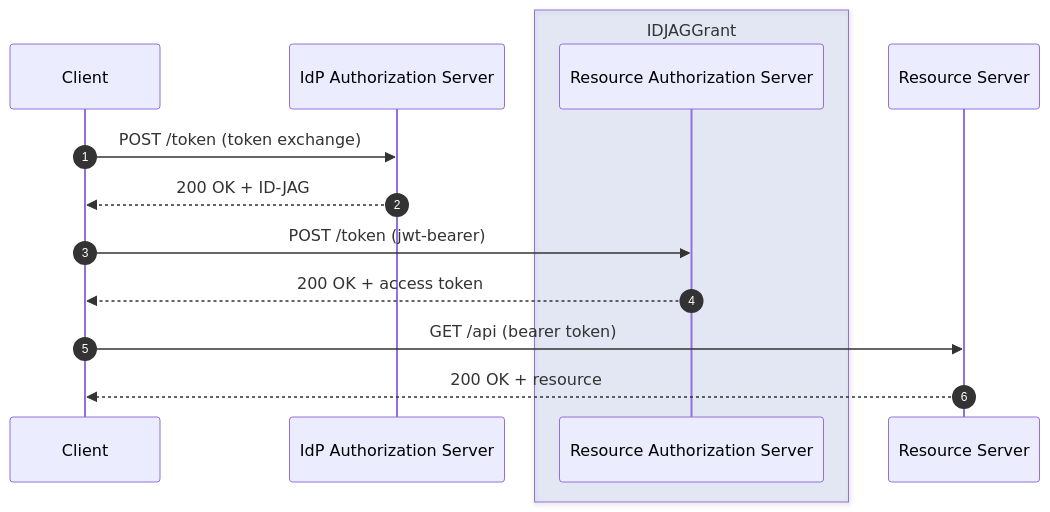
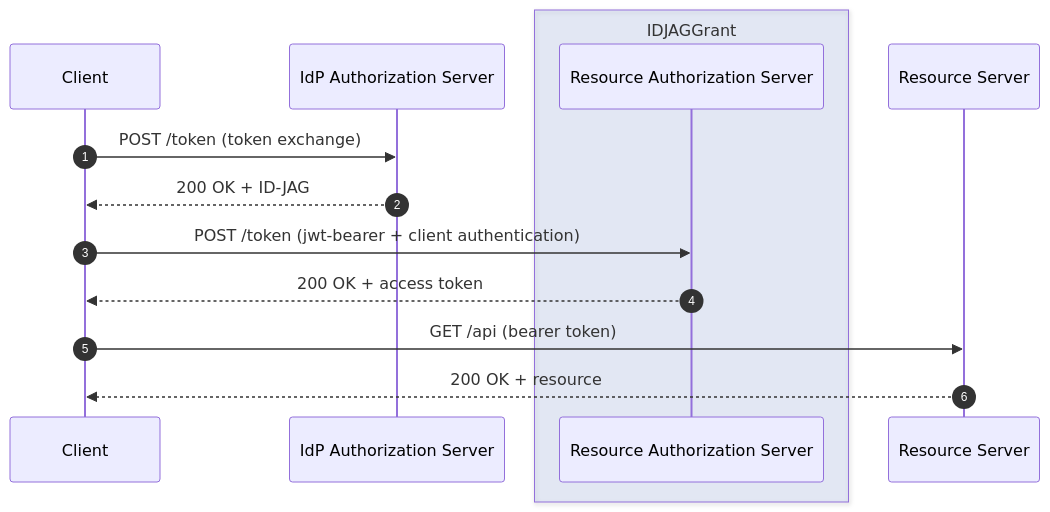
The diagram in docs/oauth2/specs/id-jag.rst (azmeuk/authlib), drawn with Mermaid before and after one commit. The commit also changed other lines of this file and 4 other files, not shown here.

First line of the commit message:
fix(oauth): require client authentication for ID-JAG grants

```diff
--- a/docs/oauth2/specs/id-jag.rst
+++ b/docs/oauth2/specs/id-jag.rst
@@ -41,17 +41,17 @@
 .. mermaid::
 
     sequenceDiagram
         autonumber
         participant Client
         participant IdP as IdP Authorization Server
         box rgba(80, 120, 220, 0.12) IDJAGGrant
             participant AS as Resource Authorization Server
         end
         participant RS as Resource Server
 
         Client->>IdP: POST /token (token exchange)
         IdP-->>Client: 200 OK + ID-JAG
-        Client->>AS: POST /token (jwt-bearer)
+        Client->>AS: POST /token (jwt-bearer + client authentication)
         AS-->>Client: 200 OK + access token
         Client->>RS: GET /api (bearer token)
         RS-->>Client: 200 OK + resource
```
